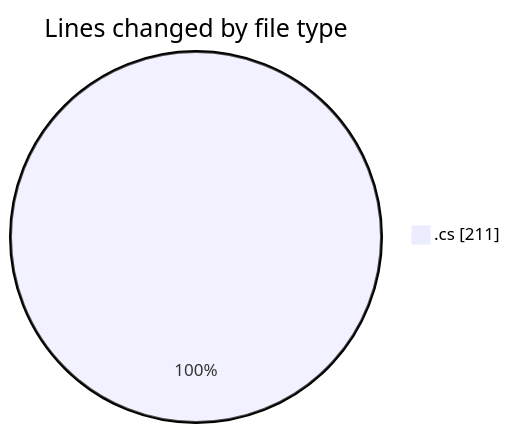
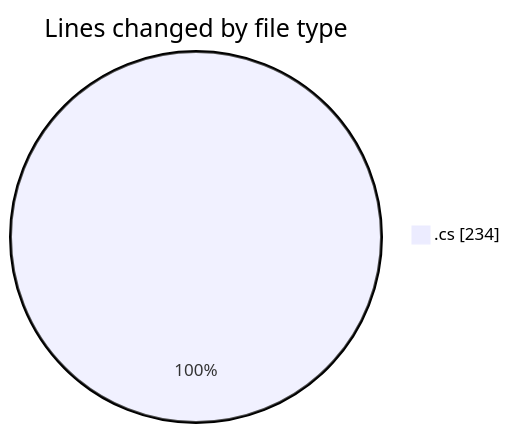
One commit to Netris89/code-tracking changed the first of 2 diagrams in 2025-03-29/back-end/README.md. Above: the diagram before and after it, drawn with Mermaid. The commit also changed other lines of this file and 1 other file, not shown here.

````diff
--- a/2025-03-29/back-end/README.md
+++ b/2025-03-29/back-end/README.md
@@ -20,5 +20,5 @@
 ```mermaid
 pie showData
 title Lines changed by file type
-".cs" : 211
+".cs" : 234
 ```
````
